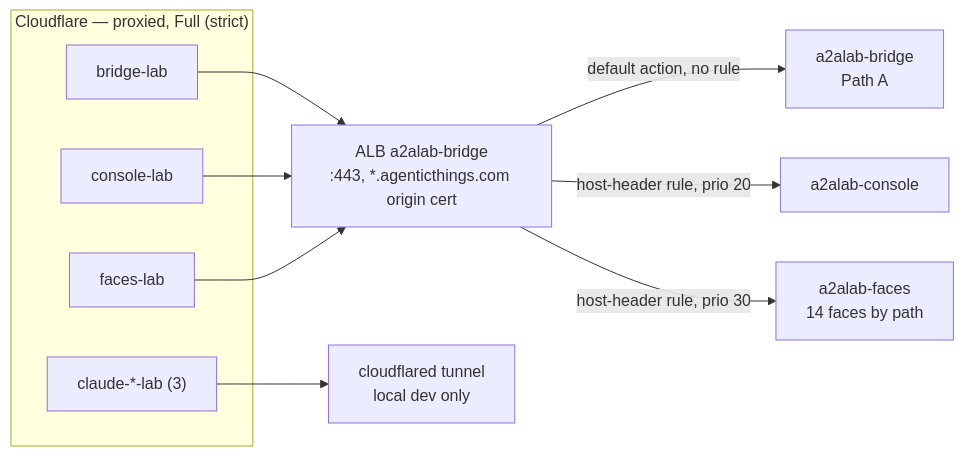
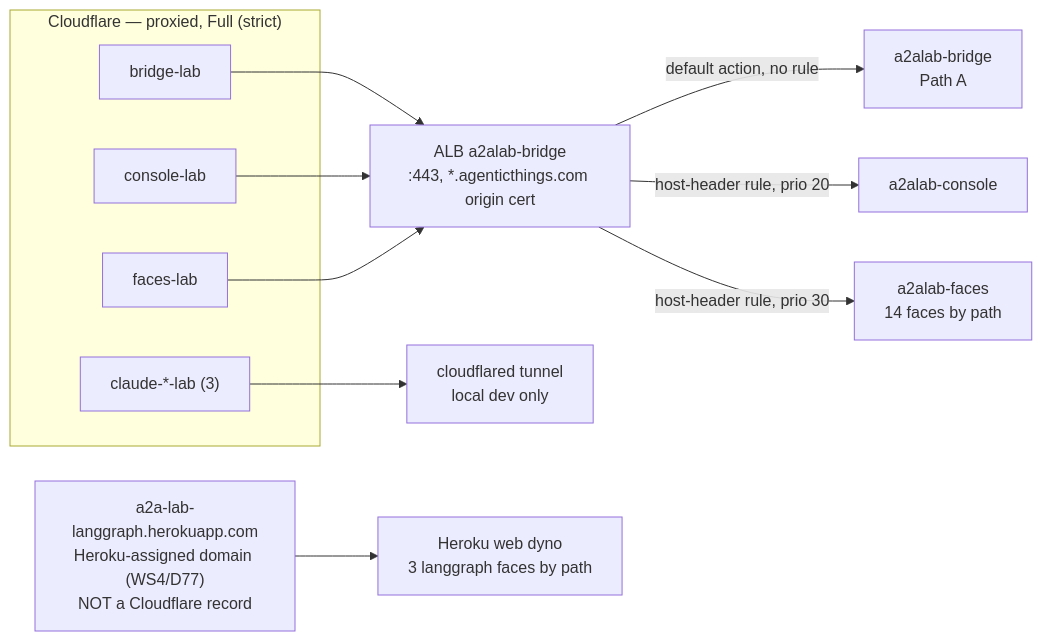
One commit to congmingwudi/a2a-lab changed the eighth of 11 diagrams in plan/09-deployment-map.md. Above: the diagram before and after it, drawn with Mermaid. The commit also changed other lines of this file and 5 other files, not shown here.

````diff
--- a/plan/09-deployment-map.md
+++ b/plan/09-deployment-map.md
@@ -761,21 +761,24 @@
 ```mermaid
 flowchart LR
   subgraph CF["Cloudflare — proxied, Full (strict)"]
     H1["bridge-lab"]
     H2["console-lab"]
     H3["faces-lab"]
     H4["claude-*-lab (3)"]
   end
 
   ALB["ALB a2alab-bridge<br/>:443, *.agenticthings.com origin cert"]
   TUN["cloudflared tunnel<br/>local dev only"]
+  HK["a2a-lab-langgraph.herokuapp.com<br/>Heroku-assigned domain (WS4/D77)<br/>NOT a Cloudflare record"]
 
   H1 --> ALB
   H2 --> ALB
   H3 --> ALB
   H4 --> TUN
 
   ALB -->|"default action, no rule"| BR["a2alab-bridge<br/>Path A"]
   ALB -->|"host-header rule, prio 20"| CON["a2alab-console"]
   ALB -->|"host-header rule, prio 30"| FAC["a2alab-faces<br/>14 faces by path"]
+
+  HK --> DYN["Heroku web dyno<br/>3 langgraph faces by path"]
 ```
````
